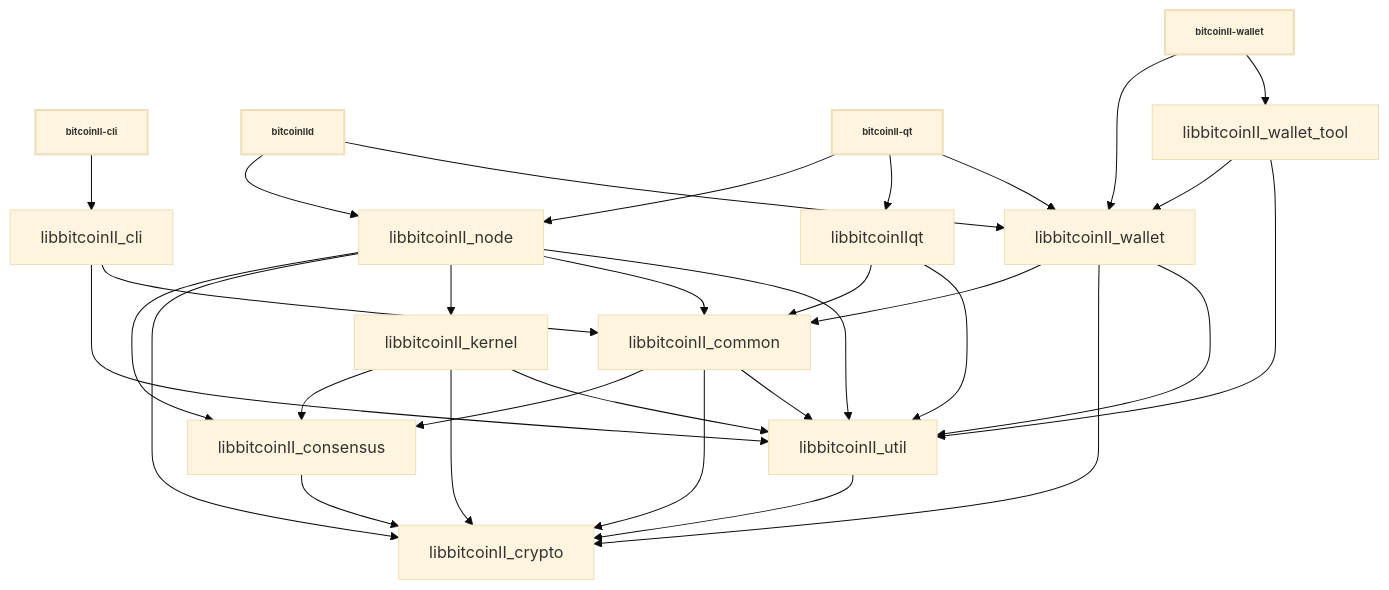
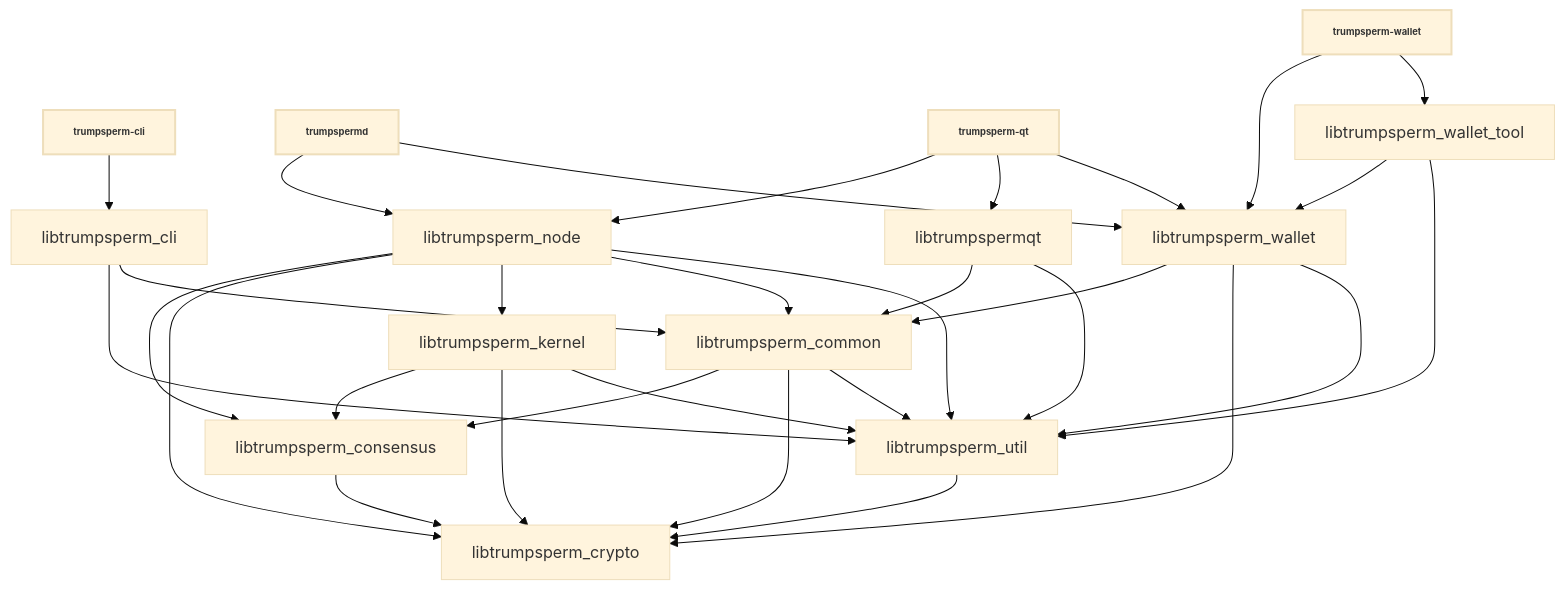
One commit to trumpsperm/trumpsperm changed the diagram in doc/design/libraries.md. Above: the diagram before and after it, drawn with Mermaid (base theme). The commit also changed other lines of this file and 2322 other files, not shown here.

````diff
--- a/doc/design/libraries.md
+++ b/doc/design/libraries.md
@@ -36,52 +36,52 @@
 ```mermaid
 
 %%{ init : { "flowchart" : { "curve" : "basis" }}}%%
 
 graph TD;
 
-bitcoinII-cli[bitcoinII-cli]-->libbitcoinII_cli;
+trumpsperm-cli[trumpsperm-cli]-->libtrumpsperm_cli;
 
-bitcoinIId[bitcoinIId]-->libbitcoinII_node;
-bitcoinIId[bitcoinIId]-->libbitcoinII_wallet;
+trumpspermd[trumpspermd]-->libtrumpsperm_node;
+trumpspermd[trumpspermd]-->libtrumpsperm_wallet;
 
-bitcoinII-qt[bitcoinII-qt]-->libbitcoinII_node;
-bitcoinII-qt[bitcoinII-qt]-->libbitcoinIIqt;
-bitcoinII-qt[bitcoinII-qt]-->libbitcoinII_wallet;
+trumpsperm-qt[trumpsperm-qt]-->libtrumpsperm_node;
+trumpsperm-qt[trumpsperm-qt]-->libtrumpspermqt;
+trumpsperm-qt[trumpsperm-qt]-->libtrumpsperm_wallet;
 
-bitcoinII-wallet[bitcoinII-wallet]-->libbitcoinII_wallet;
-bitcoinII-wallet[bitcoinII-wallet]-->libbitcoinII_wallet_tool;
+trumpsperm-wallet[trumpsperm-wallet]-->libtrumpsperm_wallet;
+trumpsperm-wallet[trumpsperm-wallet]-->libtrumpsperm_wallet_tool;
 
-libbitcoinII_cli-->libbitcoinII_util;
-libbitcoinII_cli-->libbitcoinII_common;
+libtrumpsperm_cli-->libtrumpsperm_util;
+libtrumpsperm_cli-->libtrumpsperm_common;
 
-libbitcoinII_consensus-->libbitcoinII_crypto;
+libtrumpsperm_consensus-->libtrumpsperm_crypto;
 
-libbitcoinII_common-->libbitcoinII_consensus;
-libbitcoinII_common-->libbitcoinII_crypto;
-libbitcoinII_common-->libbitcoinII_util;
+libtrumpsperm_common-->libtrumpsperm_consensus;
+libtrumpsperm_common-->libtrumpsperm_crypto;
+libtrumpsperm_common-->libtrumpsperm_util;
 
-libbitcoinII_kernel-->libbitcoinII_consensus;
-libbitcoinII_kernel-->libbitcoinII_crypto;
-libbitcoinII_kernel-->libbitcoinII_util;
+libtrumpsperm_kernel-->libtrumpsperm_consensus;
+libtrumpsperm_kernel-->libtrumpsperm_crypto;
+libtrumpsperm_kernel-->libtrumpsperm_util;
 
-libbitcoinII_node-->libbitcoinII_consensus;
-libbitcoinII_node-->libbitcoinII_crypto;
-libbitcoinII_node-->libbitcoinII_kernel;
-libbitcoinII_node-->libbitcoinII_common;
-libbitcoinII_node-->libbitcoinII_util;
+libtrumpsperm_node-->libtrumpsperm_consensus;
+libtrumpsperm_node-->libtrumpsperm_crypto;
+libtrumpsperm_node-->libtrumpsperm_kernel;
+libtrumpsperm_node-->libtrumpsperm_common;
+libtrumpsperm_node-->libtrumpsperm_util;
 
-libbitcoinIIqt-->libbitcoinII_common;
-libbitcoinIIqt-->libbitcoinII_util;
+libtrumpspermqt-->libtrumpsperm_common;
+libtrumpspermqt-->libtrumpsperm_util;
 
-libbitcoinII_util-->libbitcoinII_crypto;
+libtrumpsperm_util-->libtrumpsperm_crypto;
 
-libbitcoinII_wallet-->libbitcoinII_common;
-libbitcoinII_wallet-->libbitcoinII_crypto;
-libbitcoinII_wallet-->libbitcoinII_util;
+libtrumpsperm_wallet-->libtrumpsperm_common;
+libtrumpsperm_wallet-->libtrumpsperm_crypto;
+libtrumpsperm_wallet-->libtrumpsperm_util;
 
-libbitcoinII_wallet_tool-->libbitcoinII_wallet;
-libbitcoinII_wallet_tool-->libbitcoinII_util;
+libtrumpsperm_wallet_tool-->libtrumpsperm_wallet;
+libtrumpsperm_wallet_tool-->libtrumpsperm_util;
 
 classDef bold stroke-width:2px, font-weight:bold, font-size: smaller;
-class bitcoinII-qt,bitcoinIId,bitcoinII-cli,bitcoinII-wallet bold
+class trumpsperm-qt,trumpspermd,trumpsperm-cli,trumpsperm-wallet bold
 ```
````
